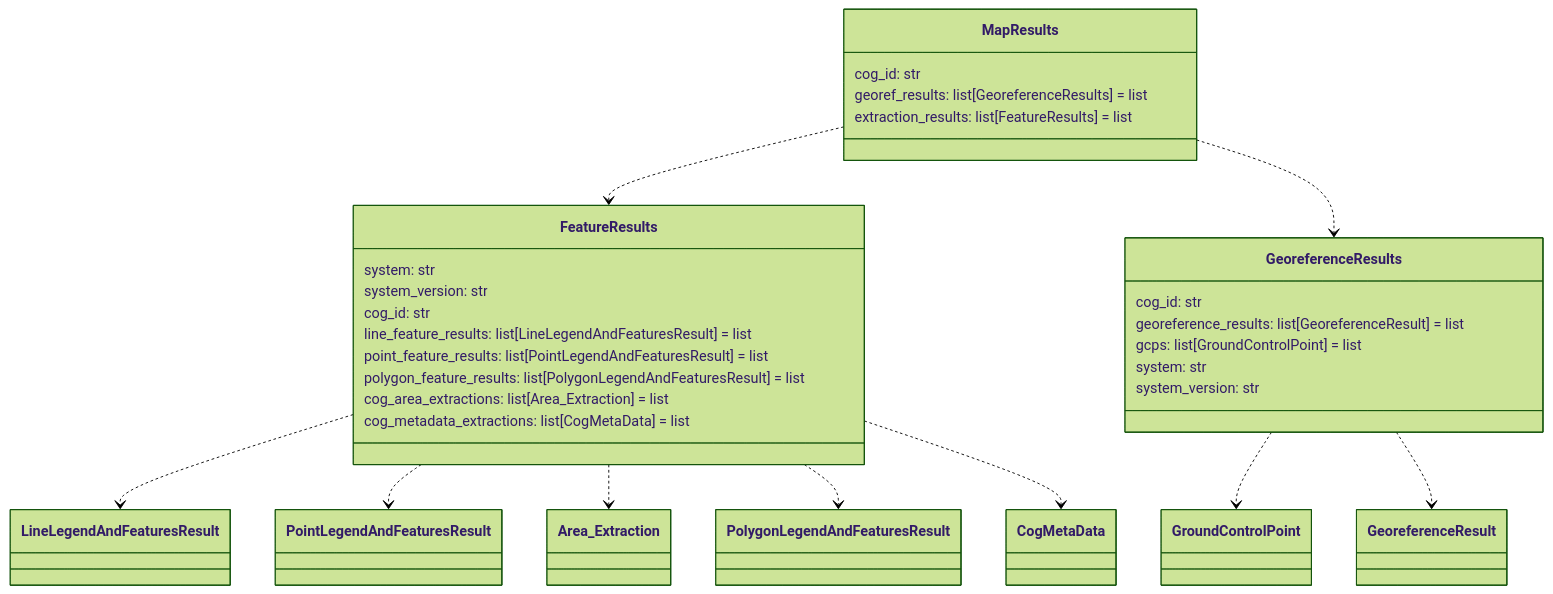
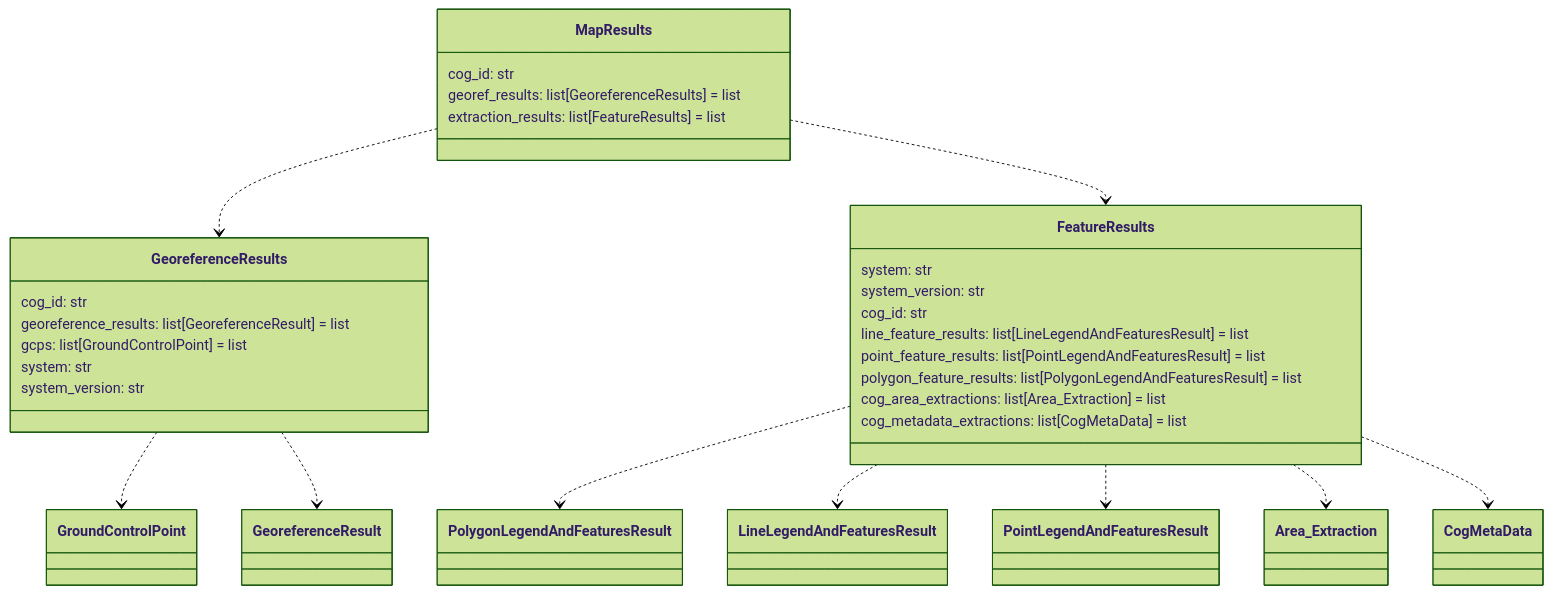
Before and after one commit to DARPA-CRITICALMAAS/cdr_schemas: diagram 11 of 14 in README.md, drawn with Mermaid (forest theme). The commit also changed other lines of this file and 1 other file, not shown here.

````diff
--- a/README.md
+++ b/README.md
@@ -937,40 +937,40 @@
 ```mermaid
 classDiagram
-
-    class MapResults {
-        cog_id: str
-        georef_results: list[GeoreferenceResults] = list
-        extraction_results: list[FeatureResults] = list
-    }
 
     class GeoreferenceResults {
         cog_id: str
         georeference_results: list[GeoreferenceResult] = list
         gcps: list[GroundControlPoint] = list
         system: str
         system_version: str
+    }
+
+    class MapResults {
+        cog_id: str
+        georef_results: list[GeoreferenceResults] = list
+        extraction_results: list[FeatureResults] = list
     }
 
     class FeatureResults {
         system: str
         system_version: str
         cog_id: str
         line_feature_results: list[LineLegendAndFeaturesResult] = list
         point_feature_results: list[PointLegendAndFeaturesResult] = list
         polygon_feature_results: list[PolygonLegendAndFeaturesResult] = list
         cog_area_extractions: list[Area_Extraction] = list
         cog_metadata_extractions: list[CogMetaData] = list
     }
 
+    FeatureResults ..> PolygonLegendAndFeaturesResult
     FeatureResults ..> LineLegendAndFeaturesResult
     FeatureResults ..> PointLegendAndFeaturesResult
     FeatureResults ..> Area_Extraction
-    FeatureResults ..> PolygonLegendAndFeaturesResult
     FeatureResults ..> CogMetaData
     GeoreferenceResults ..> GroundControlPoint
     GeoreferenceResults ..> GeoreferenceResult
+    MapResults ..> GeoreferenceResults
     MapResults ..> FeatureResults
-    MapResults ..> GeoreferenceResults
 
 
 ```
````
